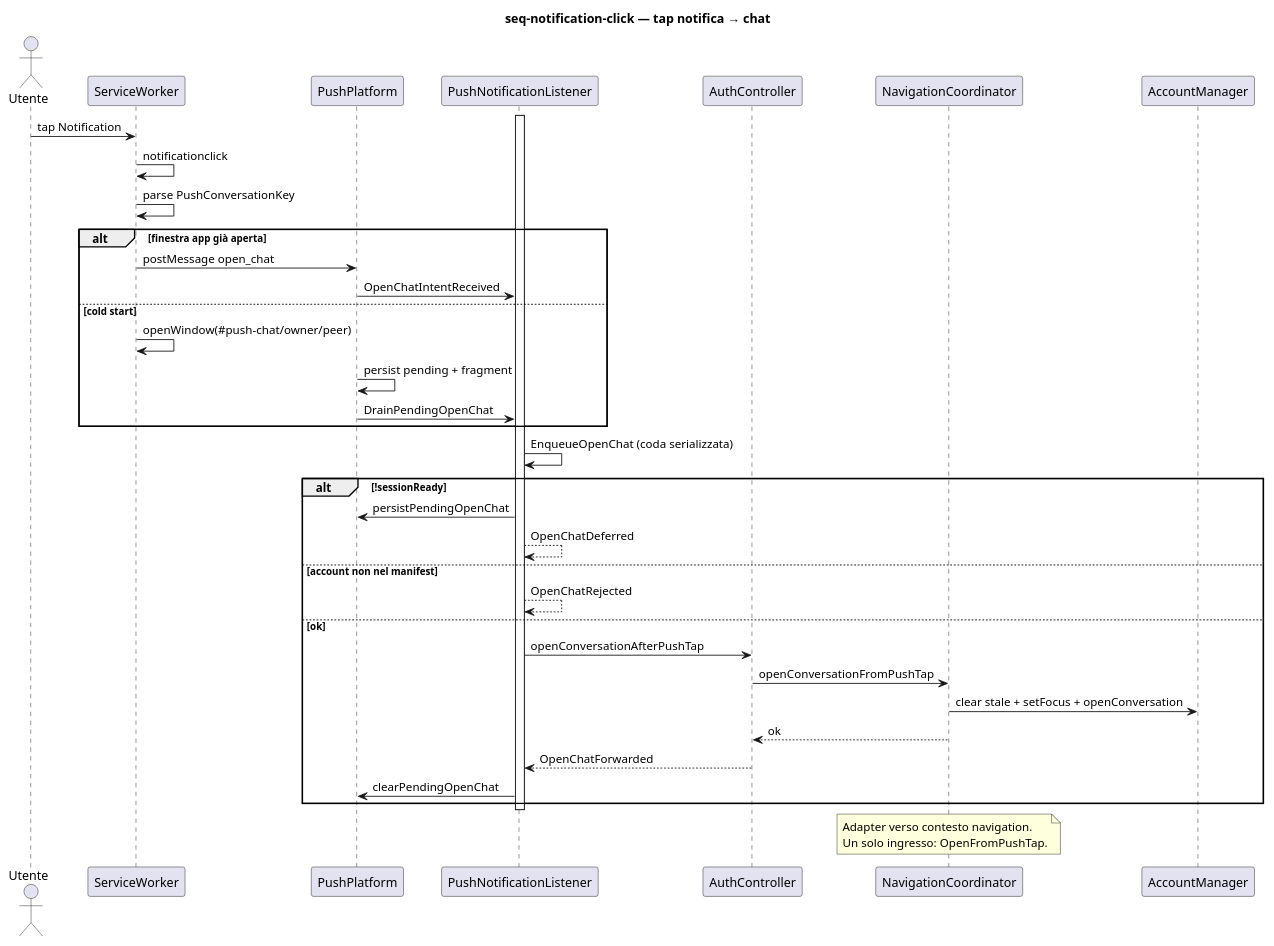
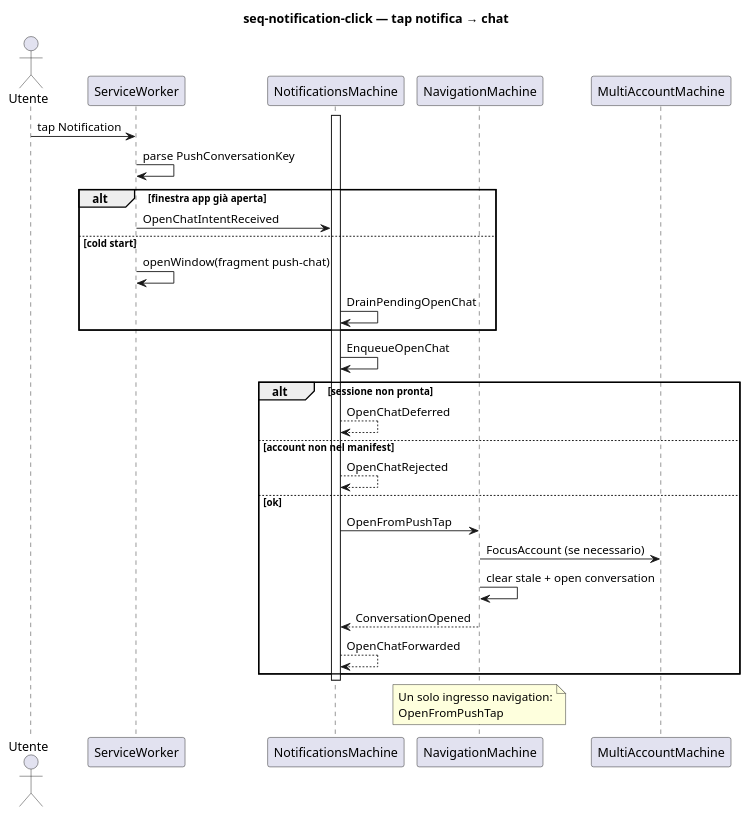
One commit to alfred-im/alfred-im changed the diagram in docs/model/uml/notifications/seq-notification-click.puml. Above: the diagram before and after it, drawn with PlantUML. The commit also changed 51 other files, not shown here.

```diff
--- a/docs/model/uml/notifications/seq-notification-click.puml
+++ b/docs/model/uml/notifications/seq-notification-click.puml
@@ -1,54 +1,46 @@
 @startuml seq-notification-click
 ' Context: notifications → navigation (adapter)
 ' Command: OpenFromPushTap
-' Contract: docs/specs/contracts/push-payload.md §3.3–4
 ' SDD: PROM-PUSH-NOTIFY-030, SURF-NOTIFICATIONS-006–007
-' Revision: 2026-07-18
+' Revision: 2026-07-19
 
 title seq-notification-click — tap notifica → chat
 
 actor Utente
 participant "ServiceWorker" as SW
-participant "PushPlatform" as Plat
-participant "PushNotificationListener" as Listener
-participant "AuthController" as Auth
-participant "NavigationCoordinator" as Nav
-participant "AccountManager" as AM
+participant "NotificationsMachine" as NM
+participant "NavigationMachine" as Nav
+participant "MultiAccountMachine" as MAM
 
 Utente -> SW : tap Notification
-SW -> SW : notificationclick
 SW -> SW : parse PushConversationKey
 
 alt finestra app già aperta
-  SW -> Plat : postMessage open_chat
-  Plat -> Listener : OpenChatIntentReceived
+  SW -> NM : OpenChatIntentReceived
 else cold start
-  SW -> SW : openWindow(#push-chat/owner/peer)
-  Plat -> Plat : persist pending + fragment
-  Plat -> Listener : DrainPendingOpenChat
+  SW -> SW : openWindow(fragment push-chat)
+  NM -> NM : DrainPendingOpenChat
 end
 
-activate Listener
-Listener -> Listener : EnqueueOpenChat (coda serializzata)
+activate NM
+NM -> NM : EnqueueOpenChat
 
-alt !sessionReady
-  Listener -> Plat : persistPendingOpenChat
-  Listener --> Listener : OpenChatDeferred
+alt sessione non pronta
+  NM --> NM : OpenChatDeferred
 else account non nel manifest
-  Listener --> Listener : OpenChatRejected
+  NM --> NM : OpenChatRejected
 else ok
-  Listener -> Auth : openConversationAfterPushTap
-  Auth -> Nav : openConversationFromPushTap
-  Nav -> AM : clear stale + setFocus + openConversation
-  Nav --> Auth : ok
-  Auth --> Listener : OpenChatForwarded
-  Listener -> Plat : clearPendingOpenChat
+  NM -> Nav : OpenFromPushTap
+  Nav -> MAM : FocusAccount (se necessario)
+  Nav -> Nav : clear stale + open conversation
+  Nav --> NM : ConversationOpened
+  NM --> NM : OpenChatForwarded
 end
-deactivate Listener
+deactivate NM
 
 note over Nav
-  Adapter verso contesto navigation.
-  Un solo ingresso: OpenFromPushTap.
+  Un solo ingresso navigation:
+  OpenFromPushTap
 end note
 
 @enduml
```
